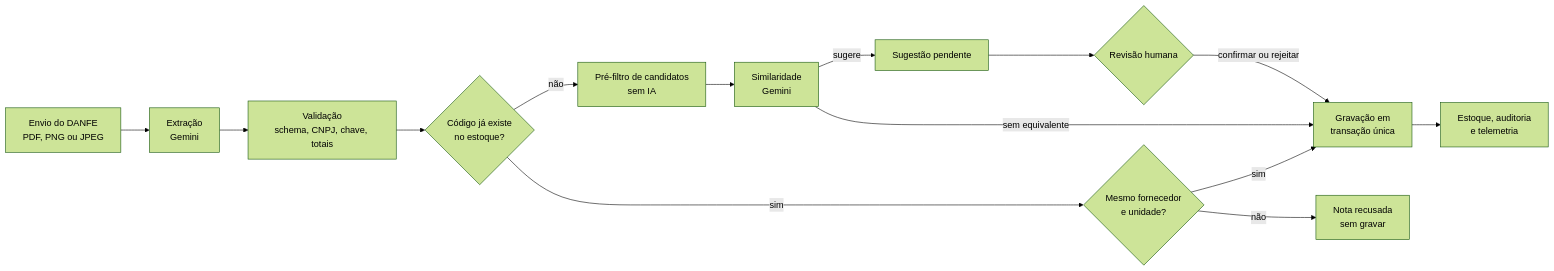
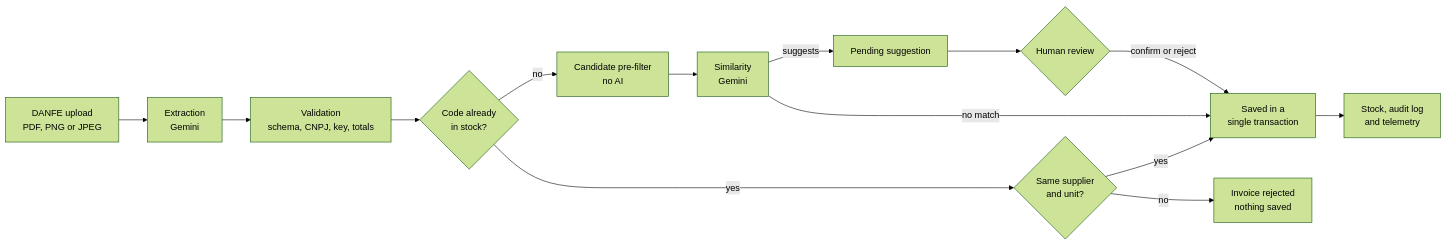
Before and after one commit to WillGalvaoDev/node-invoice-reader: the diagram in README.md, drawn with Mermaid (forest theme). The commit also changed other lines of this file and 1 other file, not shown here.

````diff
--- a/README.md
+++ b/README.md
@@ -59,16 +63,16 @@
 ```mermaid
 flowchart LR
-    A[Envio do DANFE<br/>PDF, PNG ou JPEG] --> B[Extração<br/>Gemini]
-    B --> C[Validação<br/>schema, CNPJ, chave, totais]
-    C --> D{Código já existe<br/>no estoque?}
-    D -- sim --> K{Mesmo fornecedor<br/>e unidade?}
-    K -- sim --> G[Gravação em<br/>transação única]
-    K -- não --> R[Nota recusada<br/>sem gravar]
-    D -- não --> E[Pré-filtro de candidatos<br/>sem IA]
-    E --> F[Similaridade<br/>Gemini]
-    F -- sugere --> H[Sugestão pendente]
-    F -- sem equivalente --> G
-    H --> I{Revisão humana}
-    I -- confirmar ou rejeitar --> G
-    G --> J[Estoque, auditoria<br/>e telemetria]
+    A[DANFE upload<br/>PDF, PNG or JPEG] --> B[Extraction<br/>Gemini]
+    B --> C[Validation<br/>schema, CNPJ, key, totals]
+    C --> D{Code already<br/>in stock?}
+    D -- yes --> K{Same supplier<br/>and unit?}
+    K -- yes --> G[Saved in a<br/>single transaction]
+    K -- no --> R[Invoice rejected<br/>nothing saved]
+    D -- no --> E[Candidate pre-filter<br/>no AI]
+    E --> F[Similarity<br/>Gemini]
+    F -- suggests --> H[Pending suggestion]
+    F -- no match --> G
+    H --> I{Human review}
+    I -- confirm or reject --> G
+    G --> J[Stock, audit log<br/>and telemetry]
 ```
````
